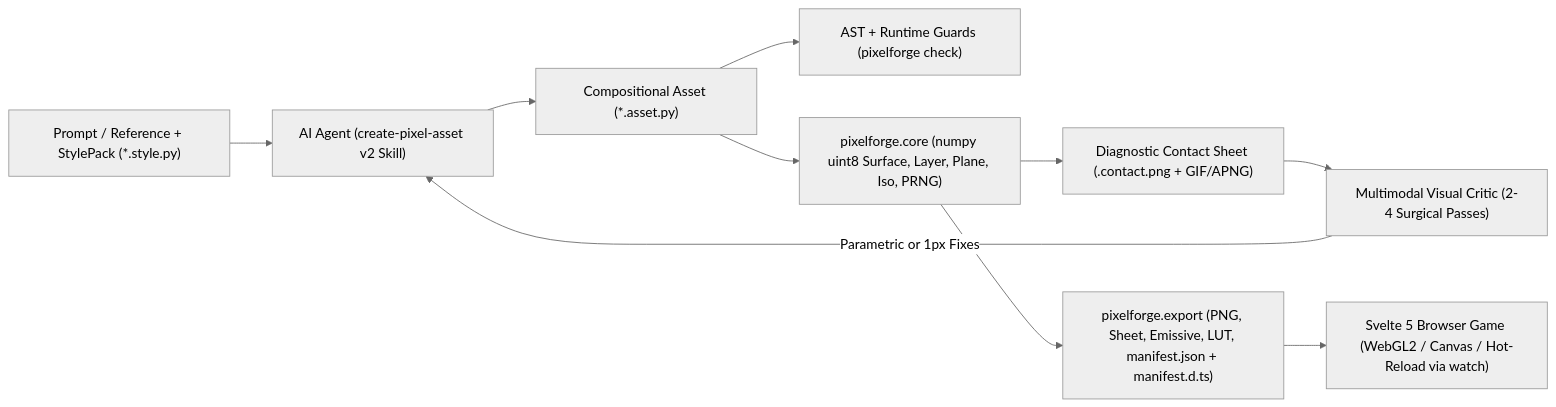
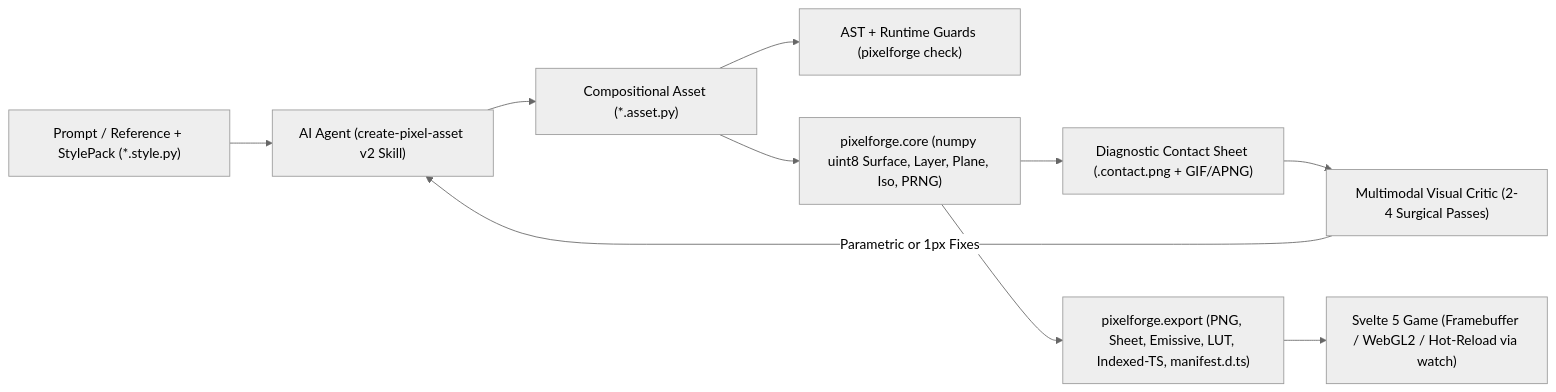
One commit to ye-sandbox/pixelforge changed the diagram in docs/DESIGN_V2.md. Above: the diagram before and after it, drawn with Mermaid (neutral theme). The commit also changed other lines of this file and 3 other files, not shown here.

Commit message:
docs(v2): align spec, ADR, and tasks with indexed-ts framebuffer export

````diff
--- a/docs/DESIGN_V2.md
+++ b/docs/DESIGN_V2.md
@@ -23,12 +23,12 @@
 ```mermaid
 flowchart LR
     Spec["Prompt / Reference + StylePack (*.style.py)"] --> Agent["AI Agent (create-pixel-asset v2 Skill)"]
     Agent --> Asset["Compositional Asset (*.asset.py)"]
     Asset --> Guard["AST + Runtime Guards (pixelforge check)"]
     Asset --> Core["pixelforge.core (numpy uint8 Surface, Layer, Plane, Iso, PRNG)"]
     Core --> Sheet["Diagnostic Contact Sheet (.contact.png + GIF/APNG)"]
     Sheet --> Critic["Multimodal Visual Critic (2-4 Surgical Passes)"]
     Critic -->|"Parametric or 1px Fixes"| Agent
-    Core --> Export["pixelforge.export (PNG, Sheet, Emissive, LUT, manifest.json + manifest.d.ts)"]
-    Export --> Svelte["Svelte 5 Browser Game (WebGL2 / Canvas / Hot-Reload via watch)"]
+    Core --> Export["pixelforge.export (PNG, Sheet, Emissive, LUT, Indexed-TS, manifest.d.ts)"]
+    Export --> Svelte["Svelte 5 Game (Framebuffer / WebGL2 / Hot-Reload via watch)"]
 ```
````
